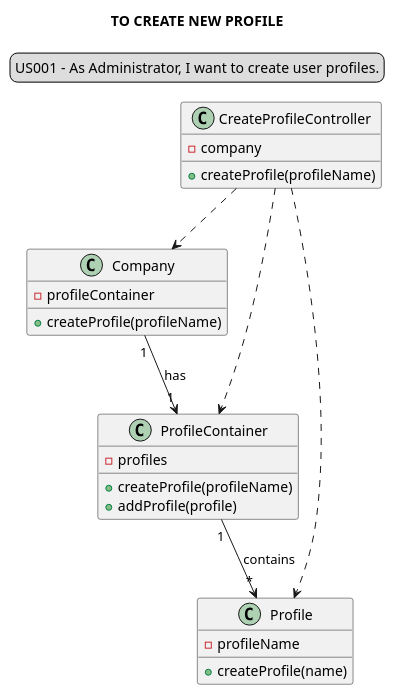
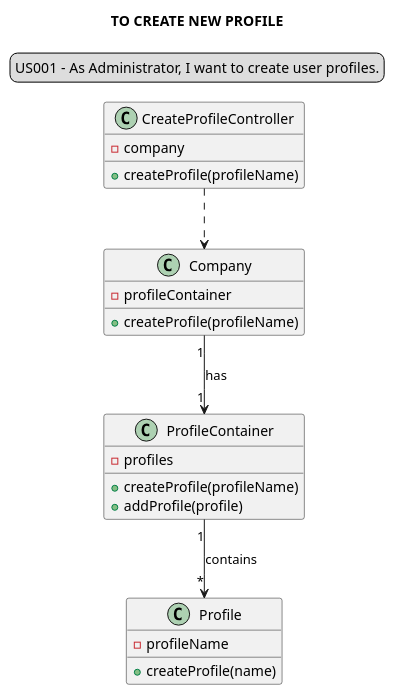
The diagram in docs/modelling_design/user_stories/us001/US001_classDiagram.puml (Loracline/project_switch_22-23), drawn with PlantUML before and after one commit. The commit also changed 1 other file, not shown here.

Commit message:
US001|US013 : Design : refinement of class diagram.

```diff
--- a/docs/modelling_design/user_stories/us001/US001_classDiagram.puml
+++ b/docs/modelling_design/user_stories/us001/US001_classDiagram.puml
@@ -1,36 +1,34 @@
 @startuml
 'https://plantuml.com/class-diagram
 skinparam sequenceMessageAlign center
 title TO CREATE NEW PROFILE
 legend top
 US001 - As Administrator, I want to create user profiles.
 end legend
 
 class "CreateProfileController" {
 -company
 +createProfile(profileName)
 }
 
 class "Company" {
 -profileContainer
 +createProfile(profileName)
 }
 
 class "ProfileContainer"{
 -profiles
 +createProfile(profileName)
 +addProfile(profile)
 }
 
 class "Profile"{
 -profileName
 +createProfile(name)
 }
 
 "CreateProfileController" ..>  "Company"
-"CreateProfileController" ..> "ProfileContainer"
-"CreateProfileController" ..> "Profile"
 "Company" "1"-->"1" "ProfileContainer": has
 "ProfileContainer" "1" --> "*" "Profile": contains
 
 @enduml
```
